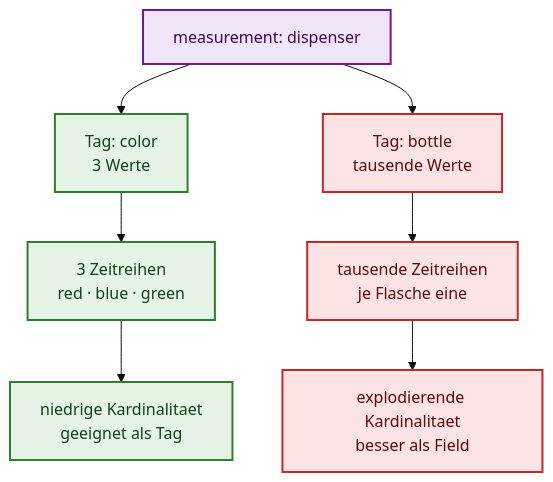
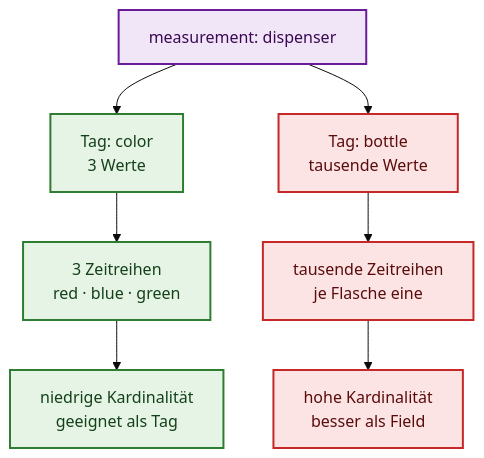
One commit to wildle/MCI-AUT-IIoT changed the diagram in diagrams/cardinality.mmd. Above: the diagram before and after it, drawn with Mermaid. The commit also changed 4 other files, not shown here.

```diff
--- a/diagrams/cardinality.mmd
+++ b/diagrams/cardinality.mmd
@@ -1,25 +1,25 @@
 ---
 config:
   theme: base
 ---
 %% Quelle fuer images/cardinality.svg
 %% Export: VS-Code-Mermaid-Extension oder mermaid.live -> SVG nach ../images/
 flowchart TB
     M["measurement: dispenser"]
 
     M --> GOOD["Tag: color<br/>3 Werte"]
     M --> BAD["Tag: bottle<br/>tausende Werte"]
 
     GOOD --> GS["3 Zeitreihen<br/>red · blue · green"]
     BAD --> BS["tausende Zeitreihen<br/>je Flasche eine"]
 
-    GS --> GOK["niedrige Kardinalitaet<br/>geeignet als Tag"]
-    BS --> BNO["explodierende Kardinalitaet<br/>besser als Field"]
+    GS --> GOK["niedrige Kardinalität<br/>geeignet als Tag"]
+    BS --> BNO["hohe Kardinalität<br/>besser als Field"]
 
     classDef measurement stroke:#6A1B9A,fill:#F1E5F8,color:#3A0A52,stroke-width:2px;
     classDef good stroke:#2E7D32,fill:#E6F4E6,color:#14401A,stroke-width:2px;
     classDef bad stroke:#C62828,fill:#FCE4E4,color:#5A0C0C,stroke-width:2px;
 
     class M measurement;
     class GOOD,GS,GOK good;
     class BAD,BS,BNO bad;
```
